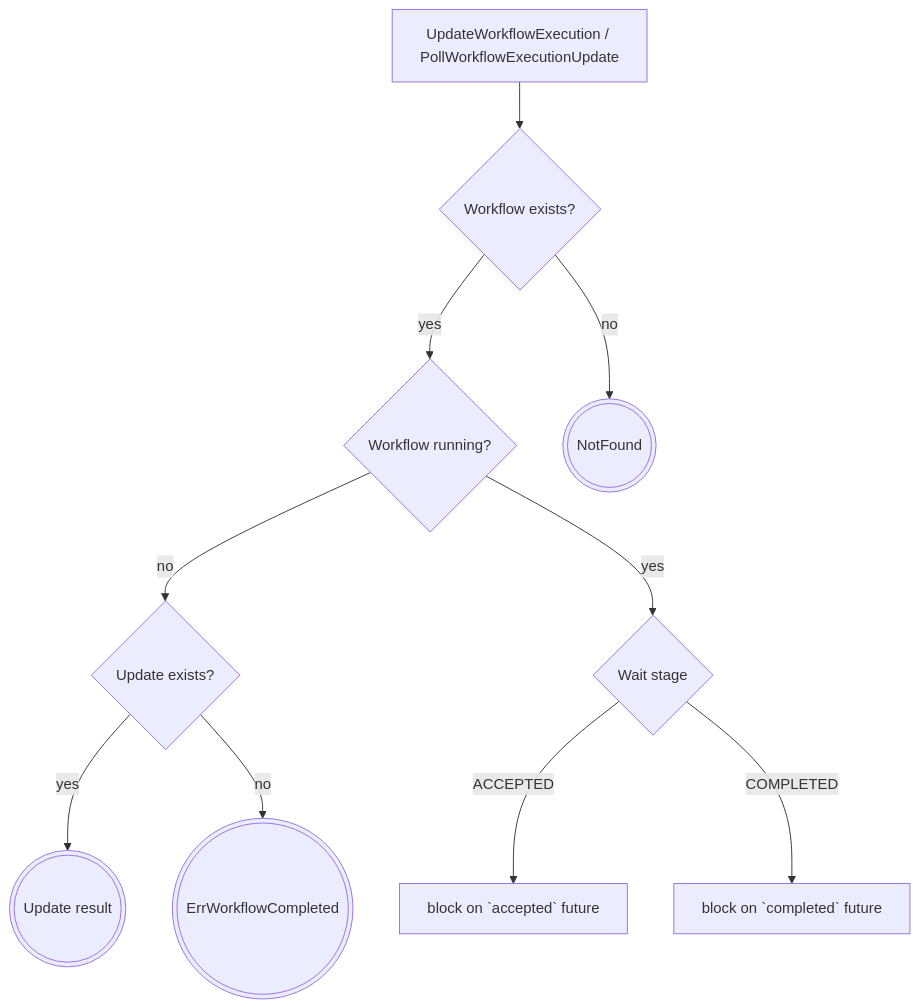
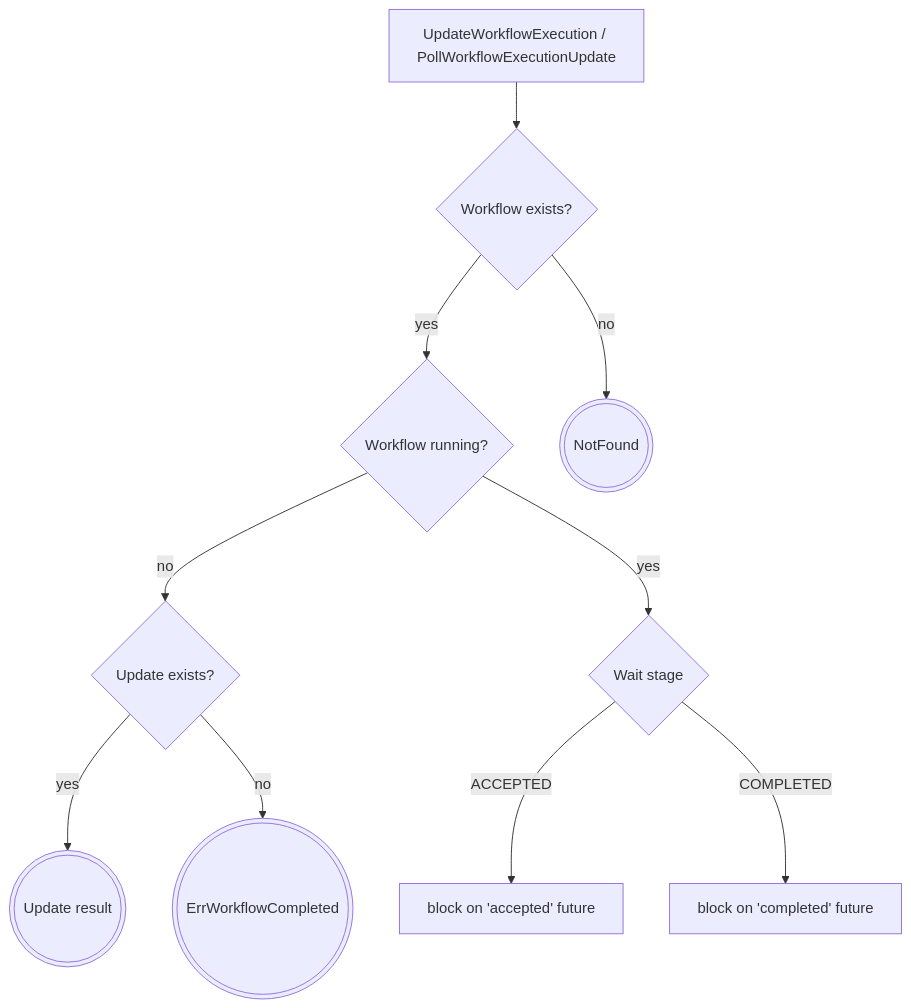
Before and after one commit to temporalio/temporal: the third of 6 diagrams in docs/architecture/workflow-update.md, drawn with Mermaid. The commit also changed other lines of this file and 1 other file, not shown here.

````diff
--- a/docs/architecture/workflow-update.md
+++ b/docs/architecture/workflow-update.md
@@ -230,13 +230,13 @@
 ```mermaid
 flowchart TD
     updateWorkflowExecution[UpdateWorkflowExecution / PollWorkflowExecutionUpdate] --> wfExists{Workflow exists?}
     wfExists --> |yes| wfRunning{Workflow running?}
     wfExists --> |no| notFound(((NotFound)))
     wfRunning --> |no| updateExists{Update exists?}
     wfRunning --> |yes| waitFor{Wait stage}
     updateExists --> |yes| success1(((Update result)))
     updateExists --> |no| wfCompleted(((ErrWorkflowCompleted)))
 
-    waitFor --> |ACCEPTED| blockAccepted[block on `accepted` future]
-    waitFor --> |COMPLETED| blockCompleted[block on `completed` future]
+    waitFor --> |ACCEPTED| blockAccepted[block on 'accepted' future]
+    waitFor --> |COMPLETED| blockCompleted[block on 'completed' future]
 ```
````
